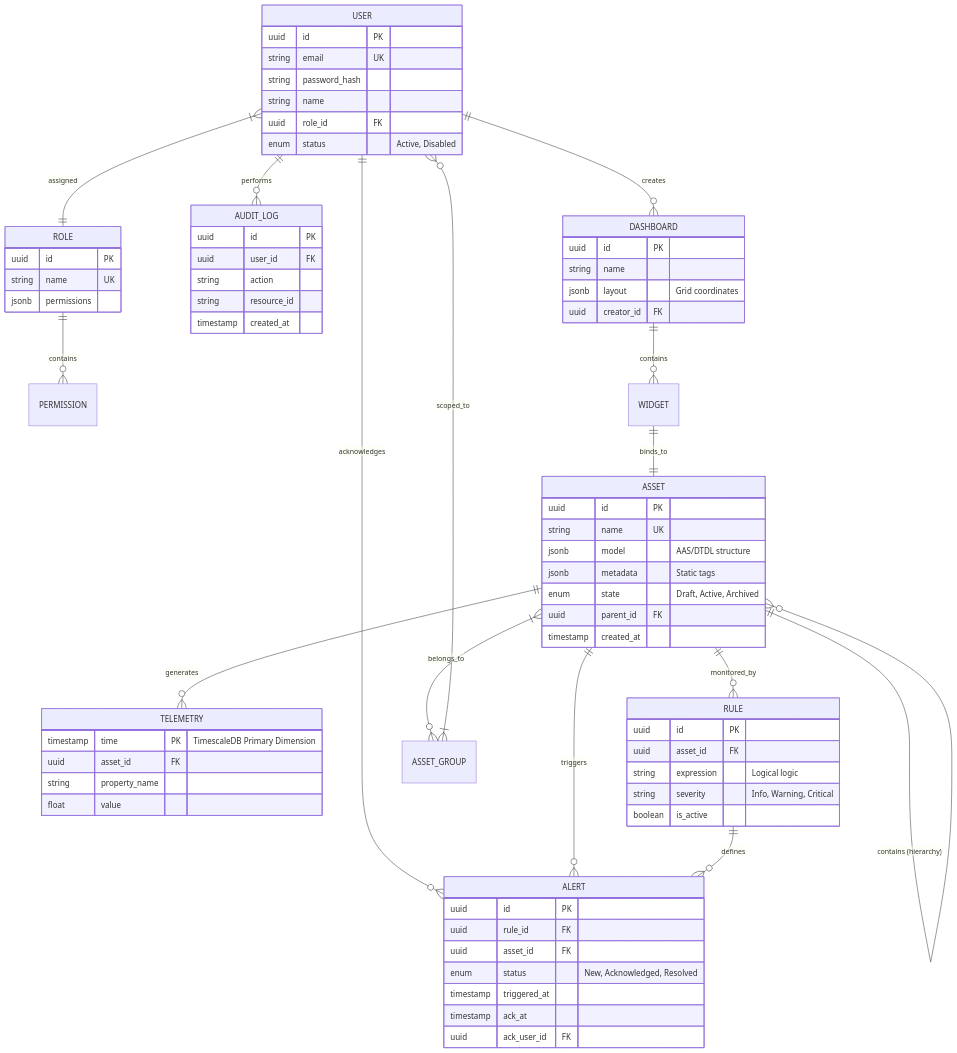
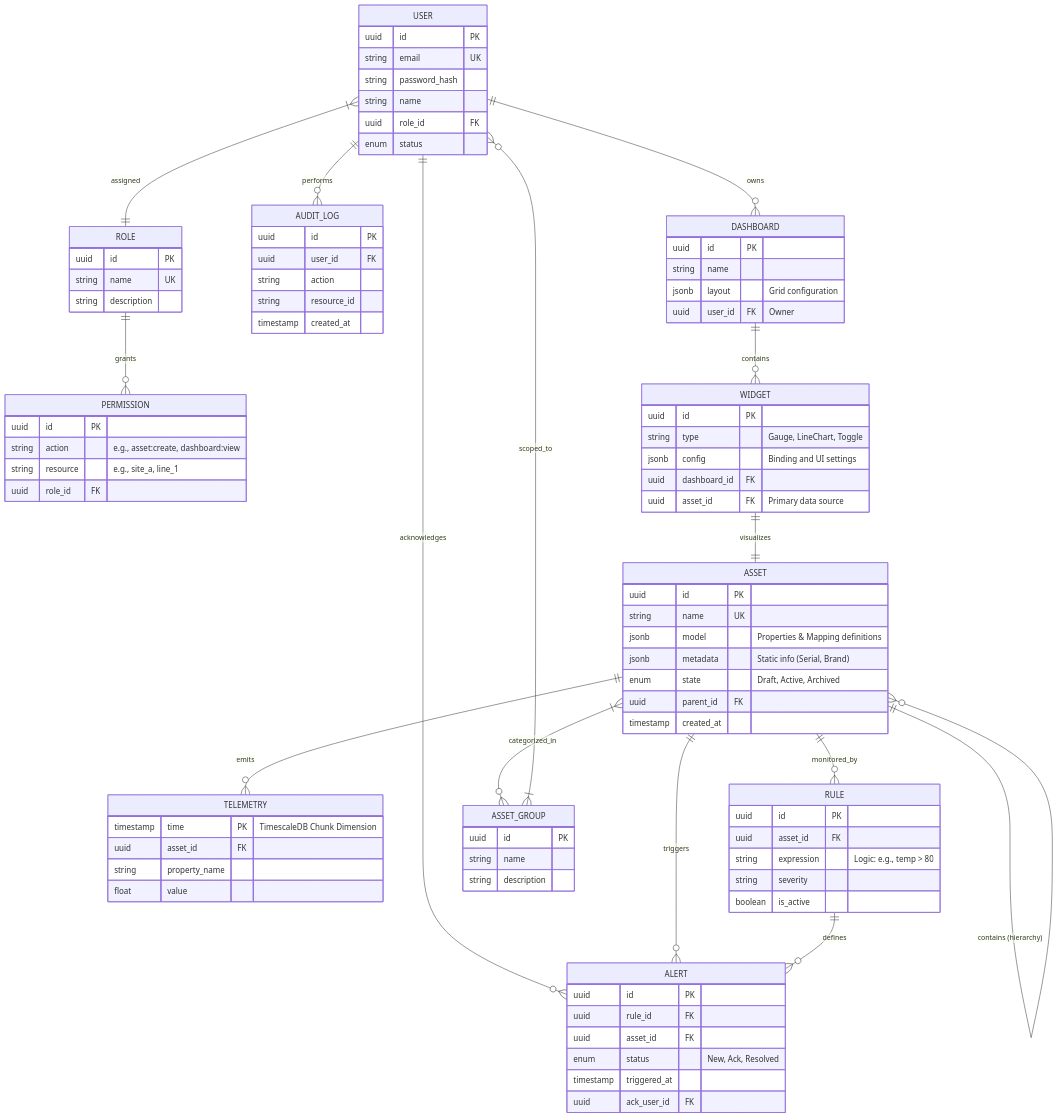
Before and after one commit to Novav20/TheMeridianGrid: the diagram in docs/analysis/07_er_diagram.md, drawn with Mermaid. The commit also changed other lines of this file, not shown here.

Commit message:
docs: finalize logical ERD with detailed properties
- Added attributes for WIDGET, PERMISSION, and ASSET_GROUP.
- Fixed relationship mapping for User Scopes and Dashboard Ownership.
- Added Traceability Matrix linking entities to Functional Requirements.

````diff
--- a/docs/analysis/07_er_diagram.md
+++ b/docs/analysis/07_er_diagram.md
@@ -5,53 +5,65 @@
 ```mermaid
 erDiagram
-    USER ||--o{ DASHBOARD : "creates"
+    USER ||--o{ DASHBOARD : "owns"
     USER ||--o{ AUDIT_LOG : "performs"
     USER }|--|| ROLE : "assigned"
     USER ||--o{ ALERT : "acknowledges"
     
-    ROLE ||--o{ PERMISSION : "contains"
+    ROLE ||--o{ PERMISSION : "grants"
 
-    ASSET ||--o{ TELEMETRY : "generates"
+    ASSET ||--o{ TELEMETRY : "emits"
     ASSET ||--o{ RULE : "monitored_by"
     ASSET ||--o{ ALERT : "triggers"
     ASSET ||--o{ ASSET : "contains (hierarchy)"
-    ASSET }|--o{ ASSET_GROUP : "belongs_to"
+    ASSET }|--o{ ASSET_GROUP : "categorized_in"
 
     ASSET_GROUP }|--o{ USER : "scoped_to"
 
     RULE ||--o{ ALERT : "defines"
 
     DASHBOARD ||--o{ WIDGET : "contains"
-    WIDGET ||--|| ASSET : "binds_to"
+    WIDGET ||--|| ASSET : "visualizes"
 
-    %% Entity Details
     USER {
         uuid id PK
         string email UK
         string password_hash
         string name
         uuid role_id FK
-        enum status "Active, Disabled"
+        enum status
     }
 
     ROLE {
         uuid id PK
         string name UK
-        jsonb permissions
+        string description
+    }
+
+    PERMISSION {
+        uuid id PK
+        string action "e.g., asset:create, dashboard:view"
+        string resource "e.g., site_a, line_1"
+        uuid role_id FK
     }
 
     ASSET {
         uuid id PK
         string name UK
-        jsonb model "AAS/DTDL structure"
-        jsonb metadata "Static tags"
+        jsonb model "Properties & Mapping definitions"
+        jsonb metadata "Static info (Serial, Brand)"
         enum state "Draft, Active, Archived"
         uuid parent_id FK
         timestamp created_at
     }
 
+    ASSET_GROUP {
+        uuid id PK
+        string name
+        string description
+    }
+
     TELEMETRY {
-        timestamp time PK "TimescaleDB Primary Dimension"
+        timestamp time PK "TimescaleDB Chunk Dimension"
         uuid asset_id FK
         string property_name
         float value
@@ -60,8 +72,8 @@
     RULE {
         uuid id PK
         uuid asset_id FK
-        string expression "Logical logic"
-        string severity "Info, Warning, Critical"
+        string expression "Logic: e.g., temp > 80"
+        string severity
         boolean is_active
     }
 
@@ -69,17 +81,24 @@
         uuid id PK
         uuid rule_id FK
         uuid asset_id FK
-        enum status "New, Acknowledged, Resolved"
+        enum status "New, Ack, Resolved"
         timestamp triggered_at
-        timestamp ack_at
         uuid ack_user_id FK
     }
 
     DASHBOARD {
         uuid id PK
         string name
-        jsonb layout "Grid coordinates"
-        uuid creator_id FK
+        jsonb layout "Grid configuration"
+        uuid user_id FK "Owner"
+    }
+
+    WIDGET {
+        uuid id PK
+        string type "Gauge, LineChart, Toggle"
+        jsonb config "Binding and UI settings"
+        uuid dashboard_id FK
+        uuid asset_id FK "Primary data source"
     }
 
     AUDIT_LOG {
````
